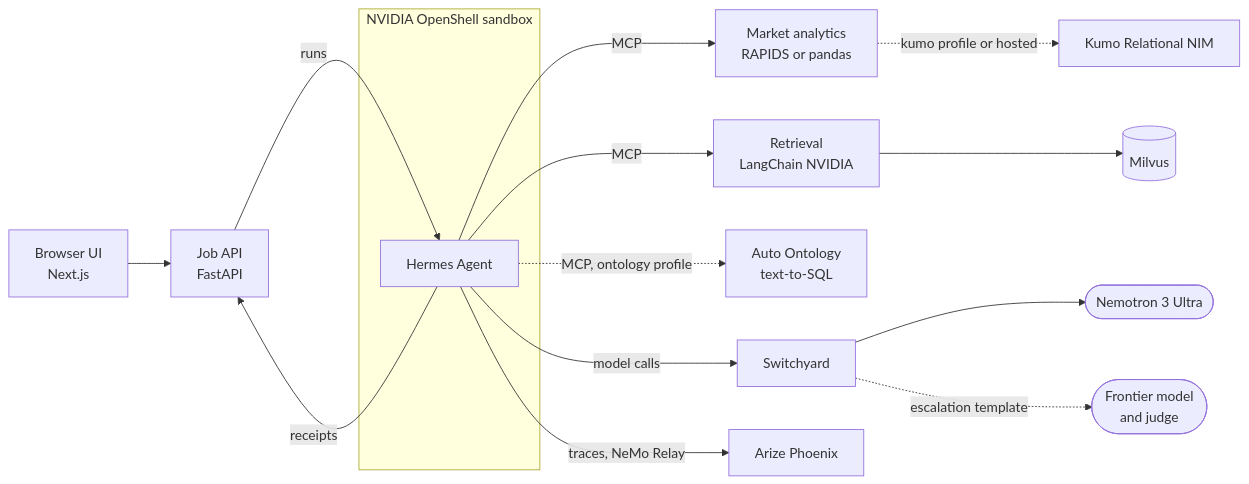
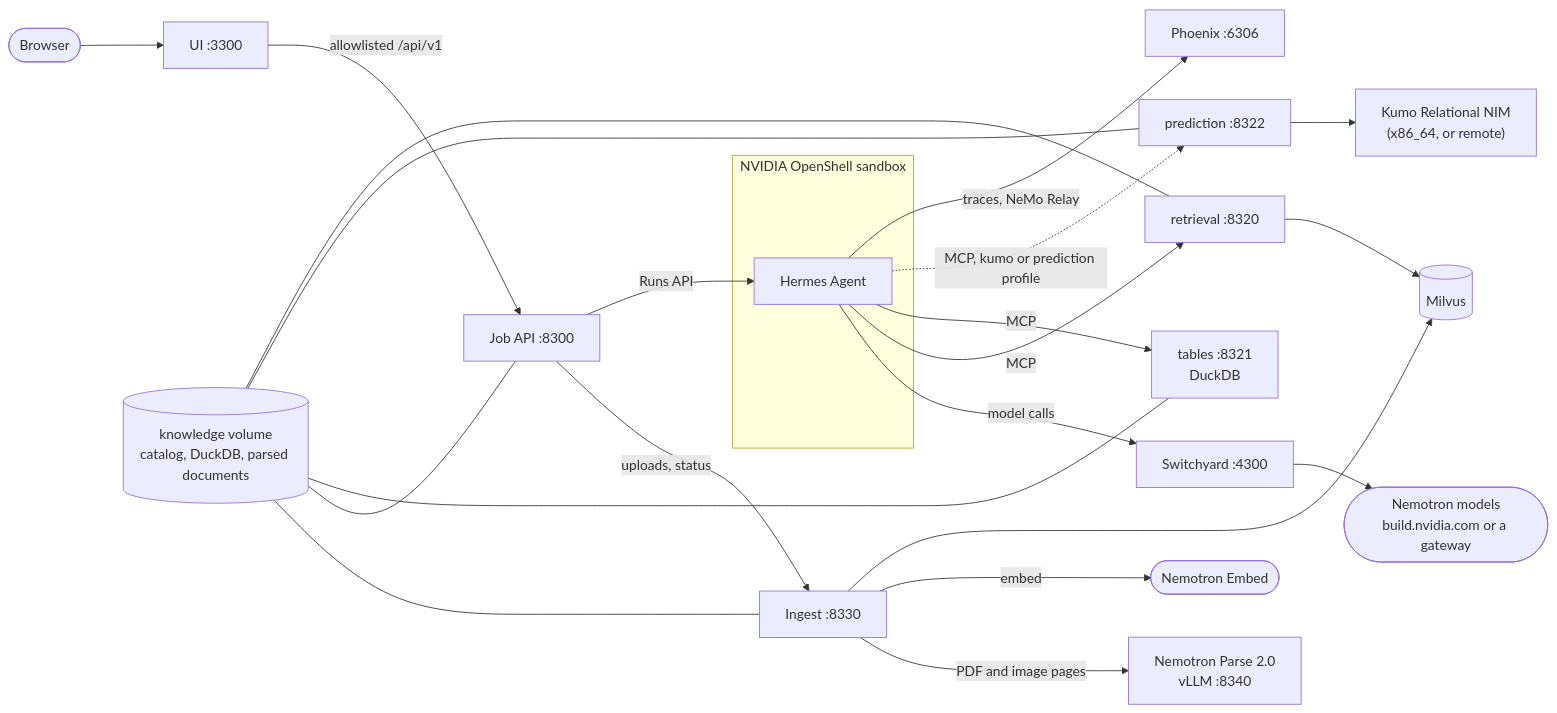
The diagram in README.md (pastorsj/knowledge-foundation-demo), drawn with Mermaid before and after one commit. The commit also changed other lines of this file and 2 other files, not shown here.

First line of the commit message:
docs: rewrite the README for NVIDIA Knowledge Foundation

````diff
--- a/README.md
+++ b/README.md
@@ -57,18 +44,26 @@
 ```mermaid
 flowchart LR
-    ui["Browser UI<br/>Next.js"] --> api["Job API<br/>FastAPI"]
+    browser(["Browser"]) --> ui["UI :3300"]
+    ui -->|"allowlisted /api/v1"| api["Job API :8300"]
+    api -->|"uploads, status"| ingest["Ingest :8330"]
+    api -->|"Runs API"| hermes
     subgraph sandbox ["NVIDIA OpenShell sandbox"]
         hermes["Hermes Agent"]
     end
-    api -->|"runs"| hermes
-    hermes -->|"receipts"| api
-    hermes -->|"MCP"| analytics["Market analytics<br/>RAPIDS or pandas"]
-    hermes -->|"MCP"| retrieval["Retrieval<br/>LangChain NVIDIA"]
-    hermes -.->|"MCP, ontology profile"| ontology["Auto Ontology<br/>text-to-SQL"]
-    analytics -.->|"kumo profile or hosted"| kumo["Kumo Relational NIM"]
-    retrieval --> milvus[("Milvus")]
-    hermes -->|"model calls"| switchyard["Switchyard"]
-    switchyard --> nemotron(["Nemotron 3 Ultra"])
-    switchyard -.->|"escalation template"| frontier(["Frontier model<br/>and judge"])
-    hermes -->|"traces, NeMo Relay"| phoenix["Arize Phoenix"]
+    hermes -->|"model calls"| switchyard["Switchyard :4300"]
+    switchyard --> models(["Nemotron models<br/>build.nvidia.com or a gateway"])
+    hermes -->|MCP| retrieval["retrieval :8320"]
+    hermes -->|MCP| tables["tables :8321<br/>DuckDB"]
+    hermes -.->|"MCP, kumo or prediction profile"| prediction["prediction :8322"]
+    ingest -->|"PDF and image pages"| parse["Nemotron Parse 2.0<br/>vLLM :8340"]
+    ingest -->|embed| embed(["Nemotron Embed"])
+    ingest --> milvus[("Milvus")]
+    retrieval --> milvus
+    prediction --> kumo["Kumo Relational NIM<br/>(x86_64, or remote)"]
+    knowledge[("knowledge volume<br/>catalog, DuckDB, parsed documents")] --- ingest
+    knowledge --- api
+    knowledge --- tables
+    knowledge --- prediction
+    knowledge --- retrieval
+    hermes -->|"traces, NeMo Relay"| phoenix["Phoenix :6306"]
 ```
````
